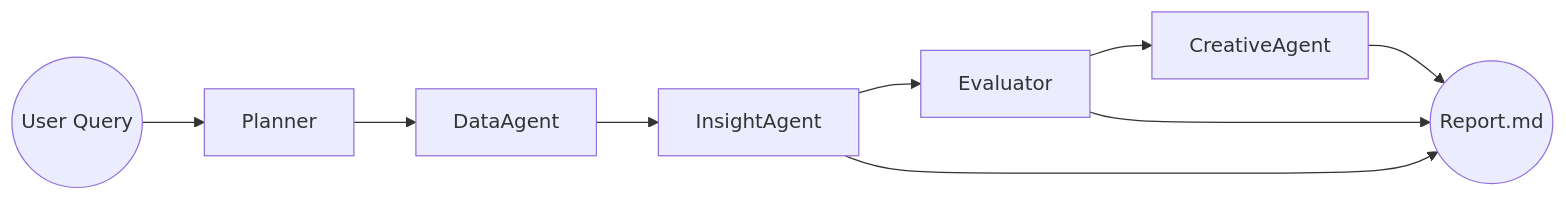
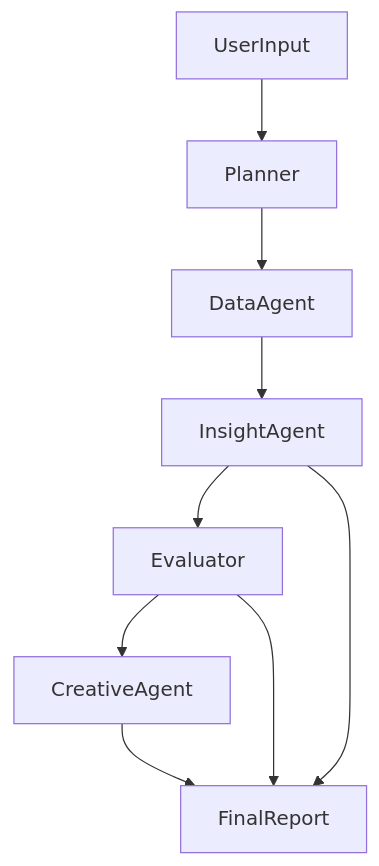
Before and after one commit to DANNE-SANDEEP/kasparro-agentic-fb-analyst-Sandeep-Danne: the diagram in agent_graph.md, drawn with Mermaid. The commit also changed other lines of this file and 5 other files, not shown here.

````diff
--- a/agent_graph.md
+++ b/agent_graph.md
@@ -18,12 +11,12 @@
 ```mermaid
-flowchart LR
-    UserQuery((User Query)) --> Planner
+flowchart TD
+    UserInput --> Planner
     Planner --> DataAgent
     DataAgent --> InsightAgent
     InsightAgent --> Evaluator
     Evaluator --> CreativeAgent
-    CreativeAgent --> ReportGenerator((Report.md))
+    CreativeAgent --> FinalReport
 
-    Evaluator --> ReportGenerator
-    InsightAgent --> ReportGenerator
+    Evaluator --> FinalReport
+    InsightAgent --> FinalReport
 ```
````
